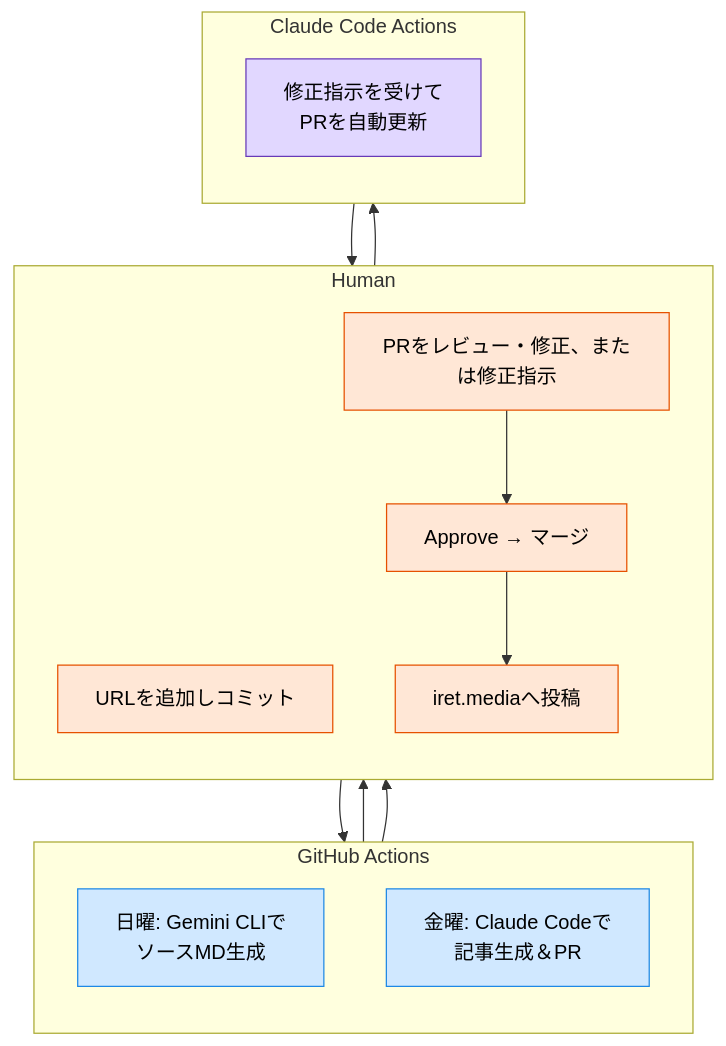
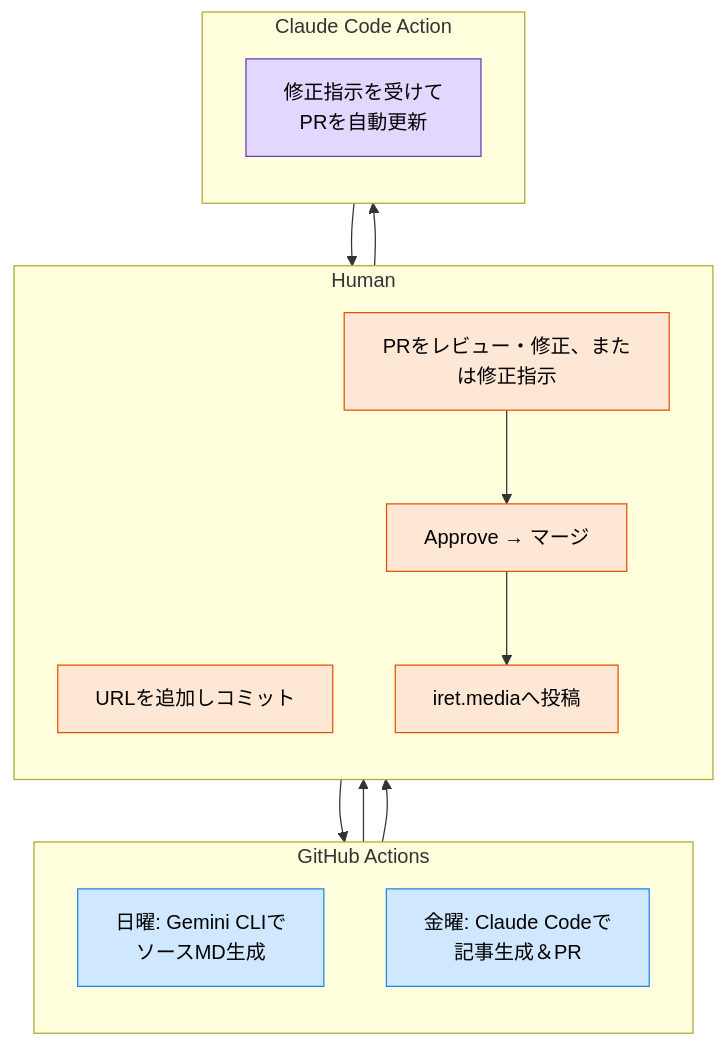
Before and after one commit to danishi/zenn-docs: the diagram in articles/genai-news-blog-tech-stack.md, drawn with Mermaid. The commit also changed other lines of this file, not shown here.

````diff
--- a/articles/genai-news-blog-tech-stack.md
+++ b/articles/genai-news-blog-tech-stack.md
@@ -90,36 +90,36 @@
 ```mermaid
 flowchart
   %% ── レーン定義 ───────────────────
   subgraph ActionsLane [GitHub Actions]
     direction TB
     A1[日曜: Gemini CLIで<br>ソースMD生成]:::actions
     A3[金曜: Claude Codeで<br>記事生成＆PR]:::actions
   end
 
   subgraph HumanLane [Human]
     direction TB
     H1[URLを追加しコミット]:::human
     H2a[PRをレビュー・修正、または修正指示]:::human
     H3[Approve → マージ]:::human
     H4[iret.mediaへ投稿]:::human
   end
 
-  subgraph AILane [Claude Code Actions]
+  subgraph AILane [Claude Code Action]
     direction TB
     C2[修正指示を受けて<br>PRを自動更新]:::ai
   end
 
   %% ── フロー ──────────────────────
   A1 --> H1
   H1 --> A3
   A3 --> H2a
   H2a --> C2
   C2 --> H2a
   H2a --> H3
   H3 --> H4
 
   %% ── スタイル定義 ─────────────────
   classDef actions fill:#d0e8ff,stroke:#1e88e5,color:#000;
   classDef human   fill:#ffe7d6,stroke:#e65100,color:#000;
   classDef ai      fill:#e1d7ff,stroke:#673ab7,color:#000;
 ```
````
